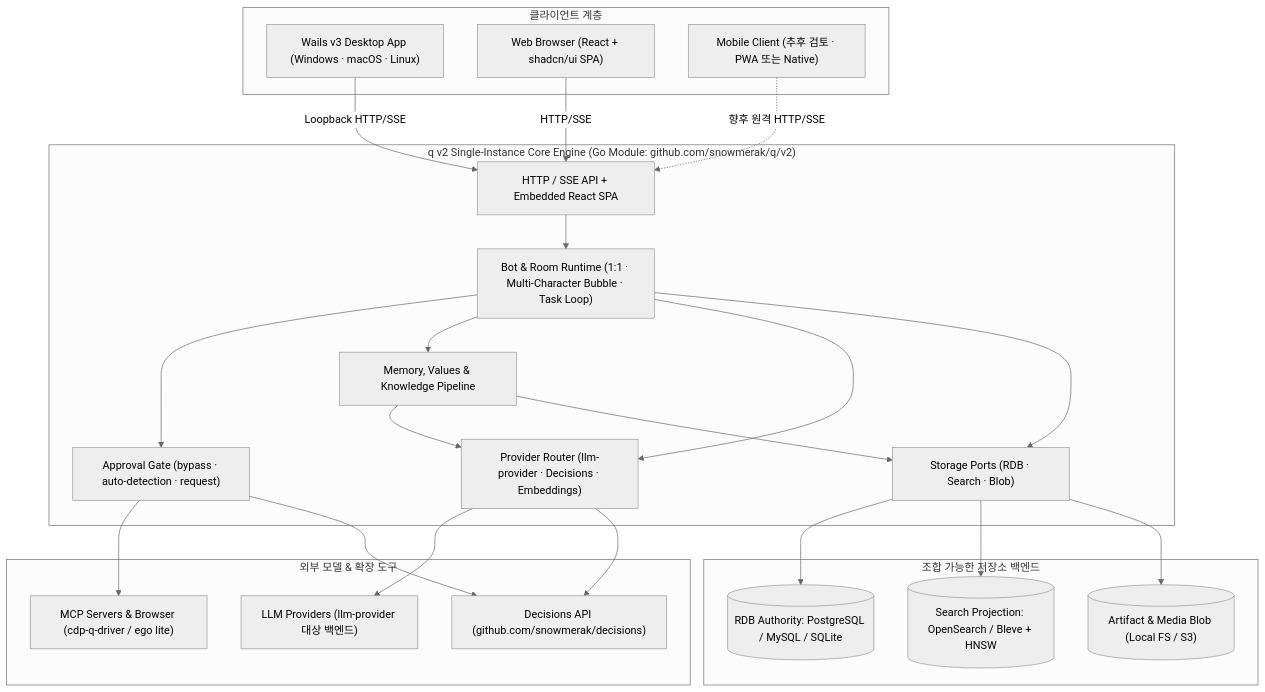
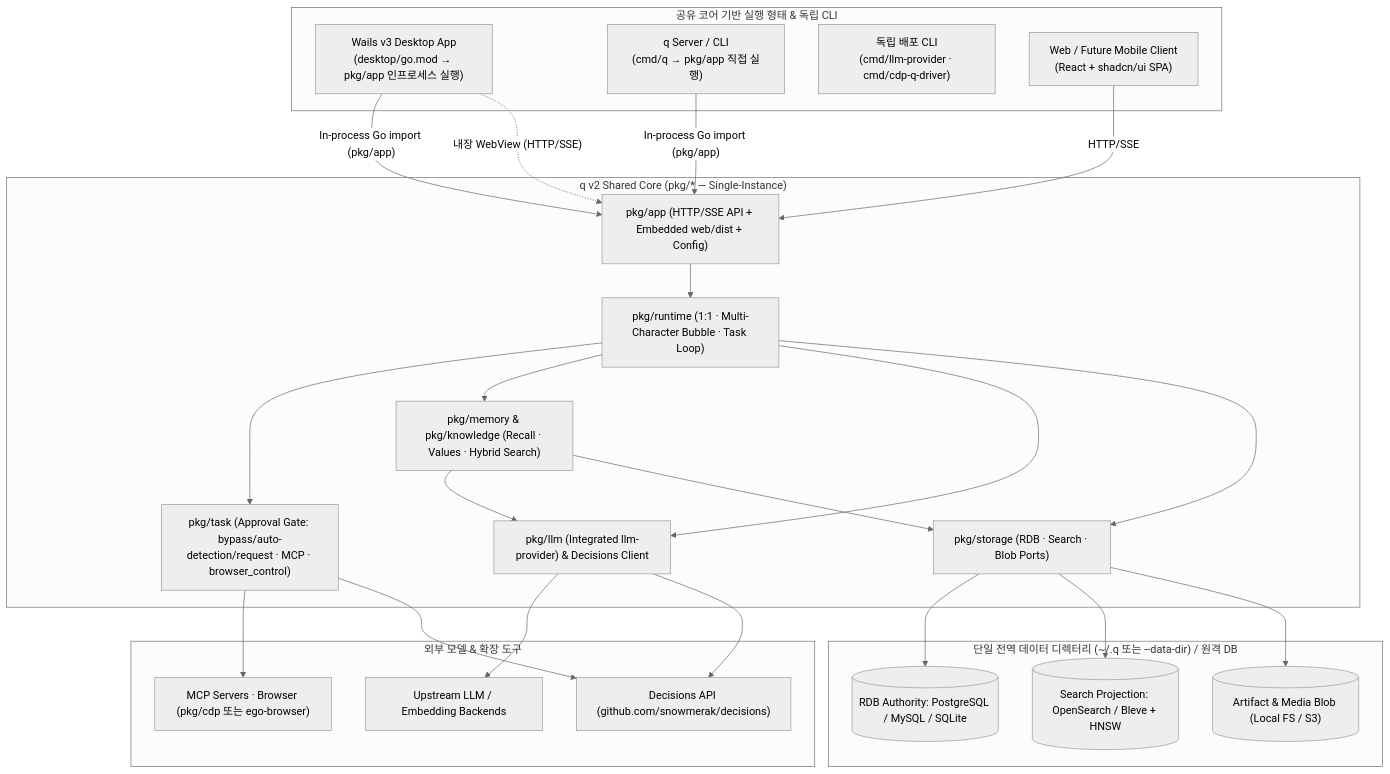
Before and after one commit to snowmerak/q: the first of 3 diagrams in docs/blueprint.md, drawn with Mermaid (neutral theme). The commit also changed other lines of this file and 2 other files, not shown here.

Commit message:
docs(v2): finalize project structure, shared core, browser config, and embedded llm/cdp packages

````diff
--- a/docs/blueprint.md
+++ b/docs/blueprint.md
@@ -30,50 +31,52 @@
 ```mermaid
 flowchart TB
-    subgraph Clients["클라이언트 계층"]
-        Desktop["Wails v3 Desktop App (Windows · macOS · Linux)"]
-        Web["Web Browser (React + shadcn/ui SPA)"]
-        Mobile["Mobile Client (추후 검토 · PWA 또는 Native)"]
+    subgraph Entrypoints["공유 코어 기반 실행 형태 & 독립 CLI"]
+        Desktop["Wails v3 Desktop App<br/>(desktop/go.mod → pkg/app 인프로세스 실행)"]
+        ServerCLI["q Server / CLI<br/>(cmd/q → pkg/app 직접 실행)"]
+        StandaloneCLIs["독립 배포 CLI<br/>(cmd/llm-provider · cmd/cdp-q-driver)"]
+        Browser["Web / Future Mobile Client<br/>(React + shadcn/ui SPA)"]
     end
 
-    subgraph Engine["q v2 Single-Instance Core Engine (Go Module: github.com/snowmerak/q/v2)"]
-        API["HTTP / SSE API + Embedded React SPA"]
-        Runtime["Bot & Room Runtime (1:1 · Multi-Character Bubble · Task Loop)"]
-        Gate["Approval Gate (bypass · auto-detection · request)"]
-        Memory["Memory, Values & Knowledge Pipeline"]
-        Provider["Provider Router (llm-provider · Decisions · Embeddings)"]
-        StoragePort["Storage Ports (RDB · Search · Blob)"]
+    subgraph Core["q v2 Shared Core (pkg/* — Single-Instance)"]
+        App["pkg/app (HTTP/SSE API + Embedded web/dist + Config)"]
+        Runtime["pkg/runtime (1:1 · Multi-Character Bubble · Task Loop)"]
+        Task["pkg/task (Approval Gate: bypass/auto-detection/request · MCP · browser_control)"]
+        Memory["pkg/memory & pkg/knowledge (Recall · Values · Hybrid Search)"]
+        LLM["pkg/llm (Integrated llm-provider) & Decisions Client"]
+        StoragePort["pkg/storage (RDB · Search · Blob Ports)"]
     end
 
-    subgraph Storage["조합 가능한 저장소 백엔드"]
+    subgraph Storage["단일 전역 데이터 디렉터리 (~/.q 또는 --data-dir) / 원격 DB"]
         RDB[("RDB Authority: PostgreSQL / MySQL / SQLite")]
         Search[("Search Projection: OpenSearch / Bleve + HNSW")]
         Blob[("Artifact & Media Blob (Local FS / S3)")]
     end
 
     subgraph External["외부 모델 & 확장 도구"]
-        LLM["LLM Providers (llm-provider 대상 백엔드)"]
+        UpstreamLLM["Upstream LLM / Embedding Backends"]
         Dec["Decisions API (github.com/snowmerak/decisions)"]
-        Tools["MCP Servers & Browser (cdp-q-driver / ego lite)"]
+        Tools["MCP Servers · Browser (pkg/cdp 또는 ego-browser)"]
     end
 
-    Desktop -->|"Loopback HTTP/SSE"| API
-    Web -->|"HTTP/SSE"| API
-    Mobile -.->|"향후 원격 HTTP/SSE"| API
+    Desktop -->|"In-process Go import (pkg/app)"| App
+    ServerCLI -->|"In-process Go import (pkg/app)"| App
+    Desktop -.->|"내장 WebView (HTTP/SSE)"| App
+    Browser -->|"HTTP/SSE"| App
 
-    API --> Runtime
-    Runtime --> Gate
-    Gate --> Tools
-    Gate --> Dec
+    App --> Runtime
+    Runtime --> Task
     Runtime --> Memory
-    Runtime --> Provider
+    Runtime --> LLM
     Runtime --> StoragePort
-    Memory --> Provider
+    Task --> Tools
+    Task --> Dec
+    Memory --> LLM
     Memory --> StoragePort
 
     StoragePort --> RDB
     StoragePort --> Search
     StoragePort --> Blob
 
-    Provider --> LLM
-    Provider --> Dec
+    LLM --> UpstreamLLM
+    LLM --> Dec
 ```
````
